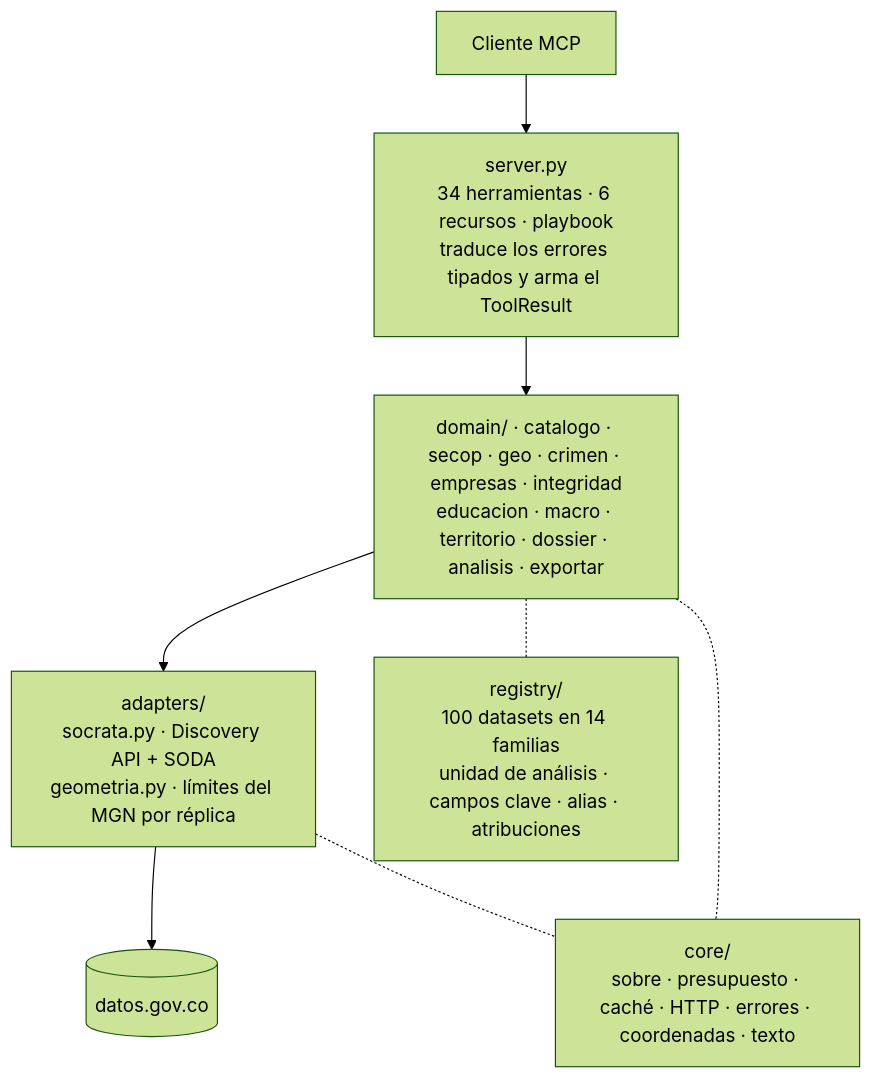
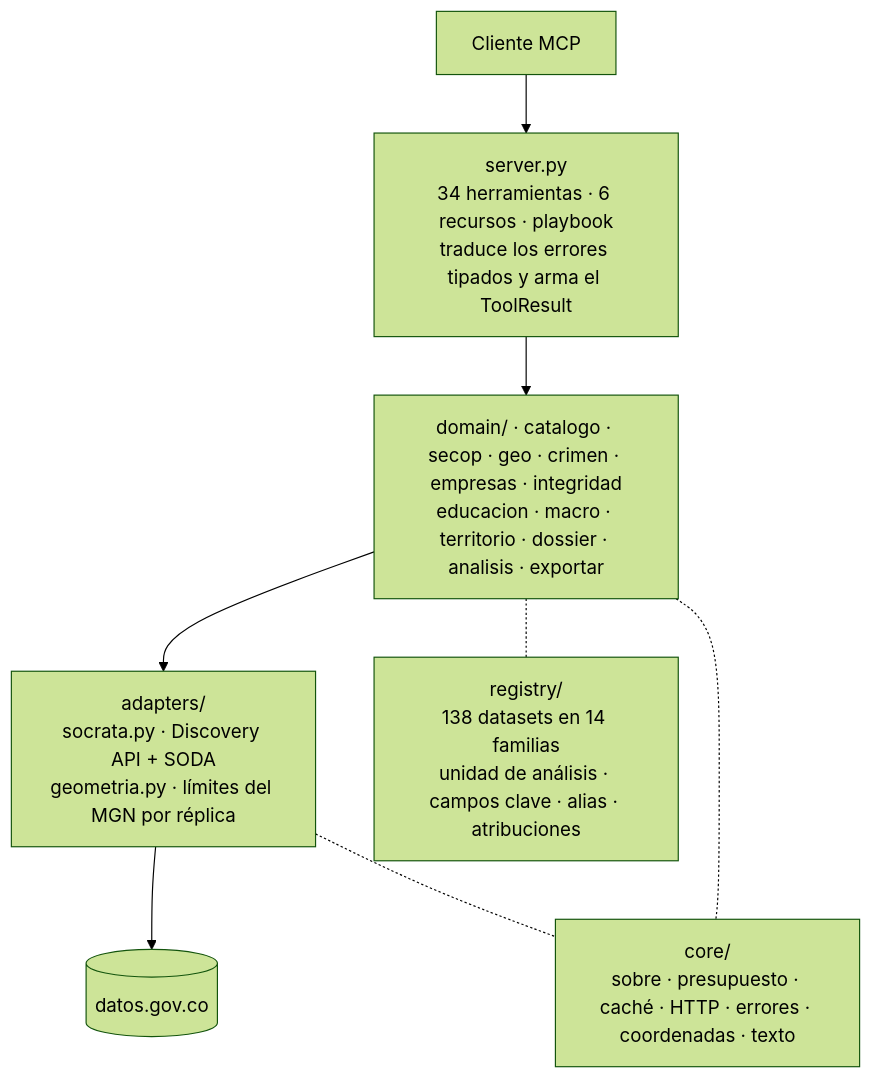
Before and after one commit to manuelcastiblan/colombia-datos-mcp: the first of 3 diagrams in docs/arquitectura.md, drawn with Mermaid (forest theme). The commit also changed 9 other files, not shown here.

````diff
--- a/docs/arquitectura.md
+++ b/docs/arquitectura.md
@@ -6,15 +6,15 @@
 ```mermaid
 flowchart TD
     cliente["Cliente MCP"]
     server["server.py<br/>34 herramientas · 6 recursos · playbook<br/>traduce los errores tipados y arma el ToolResult"]
     dominio["domain/ · catalogo · secop · geo · crimen · empresas · integridad<br/>educacion · macro · territorio · dossier · analisis · exportar"]
     adaptador["adapters/<br/>socrata.py · Discovery API + SODA<br/>geometria.py · límites del MGN por réplica"]
     fuente[("datos.gov.co")]
-    registro["registry/<br/>100 datasets en 14 familias<br/>unidad de análisis · campos clave · alias · atribuciones"]
+    registro["registry/<br/>138 datasets en 14 familias<br/>unidad de análisis · campos clave · alias · atribuciones"]
     nucleo["core/<br/>sobre · presupuesto · caché · HTTP · errores · coordenadas · texto"]
 
     cliente --> server --> dominio --> adaptador --> fuente
     dominio -.- registro
     dominio -.- nucleo
     adaptador -.- nucleo
 ```
````
